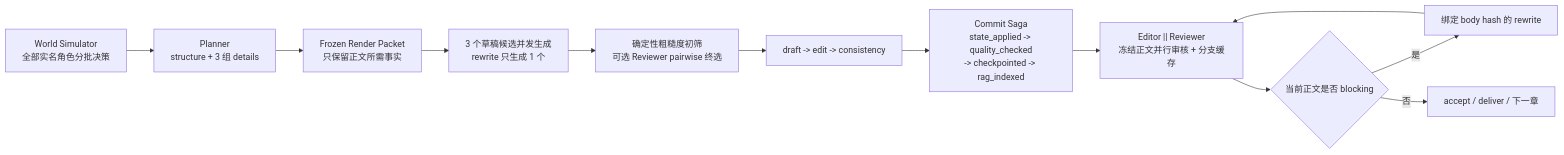
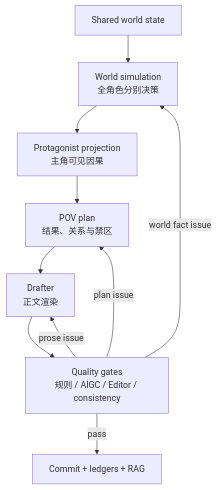
The second of 2 diagrams in README.md (Xiaoyangy/novel-studio), drawn with Mermaid before and after one commit. The commit also changed other lines of this file and 86 other files, not shown here.

````diff
--- a/README.md
+++ b/README.md
@@ -271,14 +144,12 @@
-~~~mermaid
-flowchart LR
-    S["World Simulator<br/>全部实名角色分批决策"] --> P["Planner<br/>structure + 3 组 details"]
-    P --> RP["Frozen Render Packet<br/>只保留正文所需事实"]
-    RP --> C["3 个草稿候选并发生成<br/>rewrite 只生成 1 个"]
-    C --> PICK["确定性粗糙度初筛<br/>可选 Reviewer pairwise 终选"]
-    PICK --> CHECK["draft -> edit -> consistency"]
-    CHECK --> COMMIT["Commit Saga<br/>state_applied -> quality_checked<br/>-> checkpointed -> rag_indexed"]
-    COMMIT --> REVIEW["Editor || Reviewer<br/>冻结正文并行审核 + 分支缓存"]
-    REVIEW --> G{"当前正文是否 blocking"}
-    G -->|是| RW["绑定 body hash 的 rewrite"]
-    RW --> REVIEW
-    G -->|否| NEXT["accept / deliver / 下一章"]
-~~~
+```mermaid
+flowchart TD
+    S["Shared world state"] --> WS["World simulation<br/>全角色分别决策"]
+    WS --> PP["Protagonist projection<br/>主角可见因果"]
+    PP --> PL["POV plan<br/>结果、关系与禁区"]
+    PL --> DR["Drafter<br/>正文渲染"]
+    DR --> QA["Quality gates<br/>规则 / AIGC / Editor / consistency"]
+    QA -->|pass| CM["Commit + ledgers + RAG"]
+    QA -->|prose issue| DR
+    QA -->|plan issue| PL
+    QA -->|world fact issue| WS
+```
````
